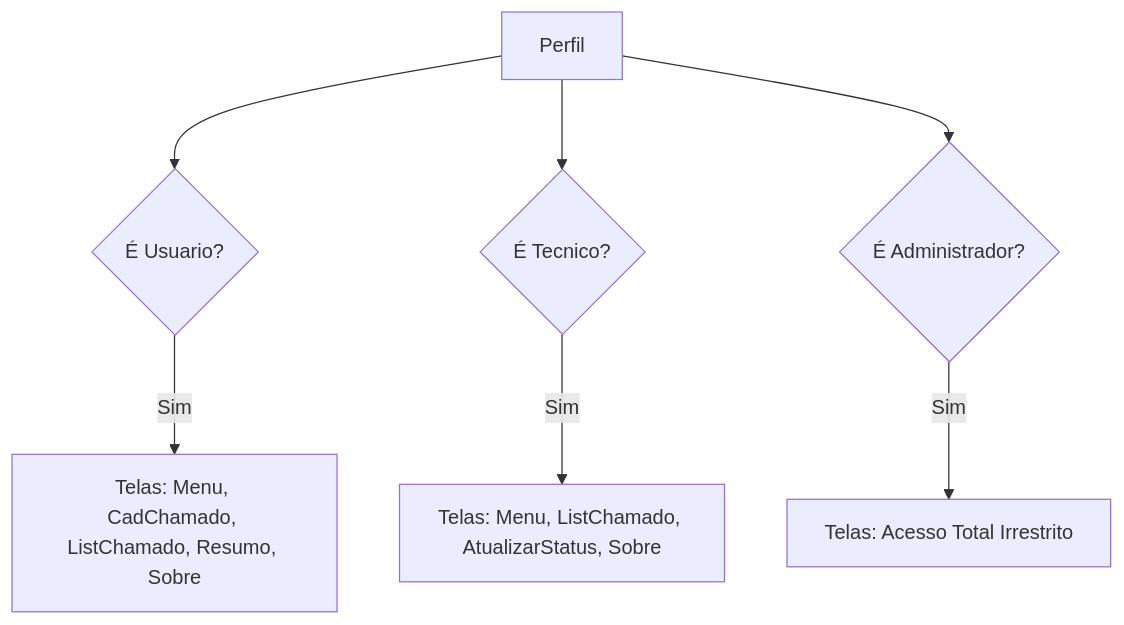
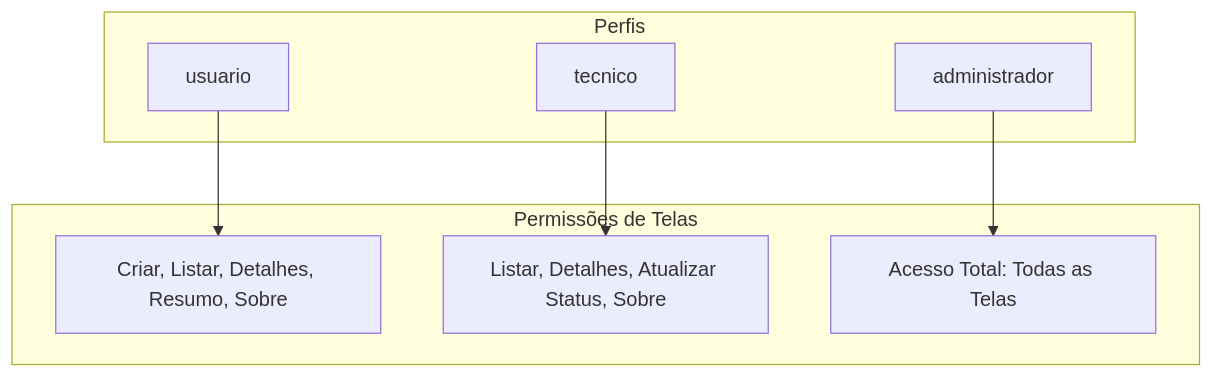
Before and after one commit to EduardoHenrrykSimonato/portfolio-2-claretiano: the fourth of 6 diagrams in README.md, drawn with Mermaid. The commit also changed other lines of this file, not shown here.

Commit message:
Melhora diagramas Mermaid do README

````diff
--- a/README.md
+++ b/README.md
@@ -290,10 +352,18 @@
 ```mermaid
 flowchart TD
-    P[Perfil] --> U{É Usuario?}
-    P --> T{É Tecnico?}
-    P --> A{É Administrador?}
-    
-    U -->|Sim| R1[Telas: Menu, CadChamado, ListChamado, Resumo, Sobre]
-    T -->|Sim| R2[Telas: Menu, ListChamado, AtualizarStatus, Sobre]
-    A -->|Sim| R3[Telas: Acesso Total Irrestrito]
+    subgraph Perfis
+        U[usuario]
+        T[tecnico]
+        A[administrador]
+    end
+
+    subgraph Acesso ["Permissões de Telas"]
+        R1[Criar, Listar, Detalhes, Resumo, Sobre]
+        R2[Listar, Detalhes, Atualizar Status, Sobre]
+        R3[Acesso Total: Todas as Telas]
+    end
+
+    U --> R1
+    T --> R2
+    A --> R3
 ```
````
